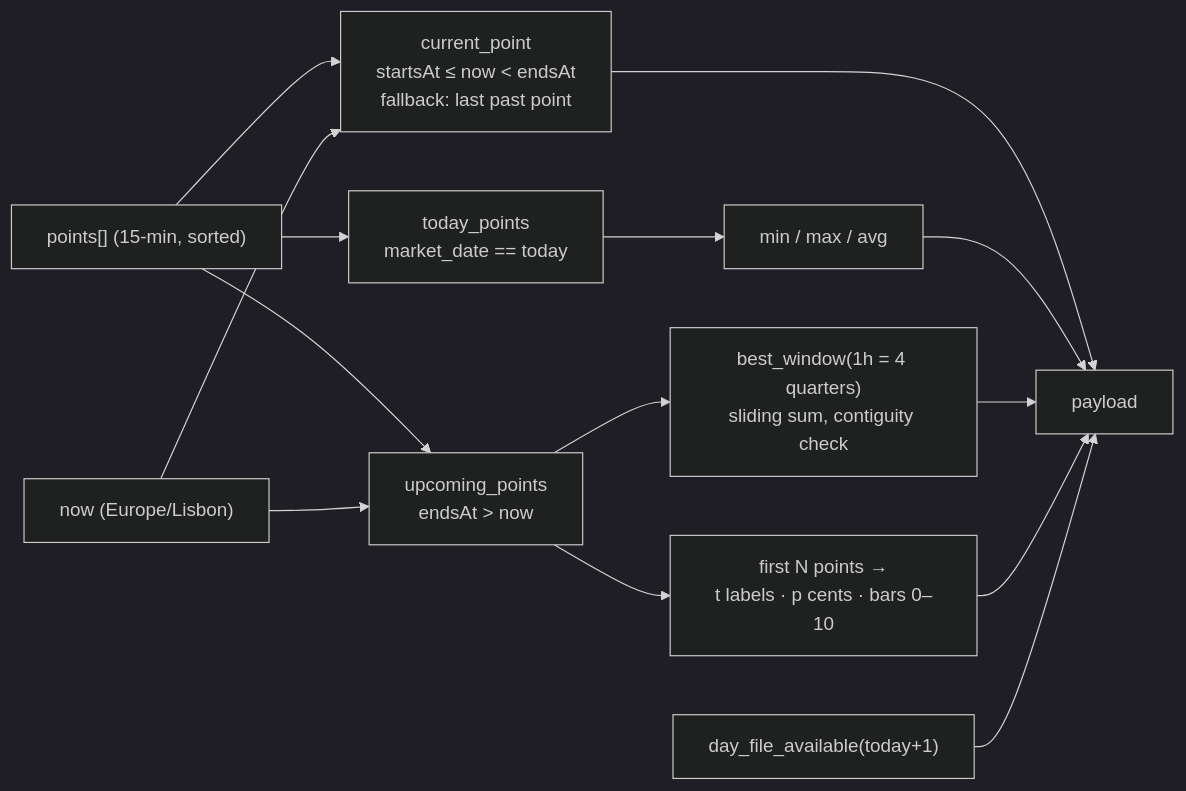
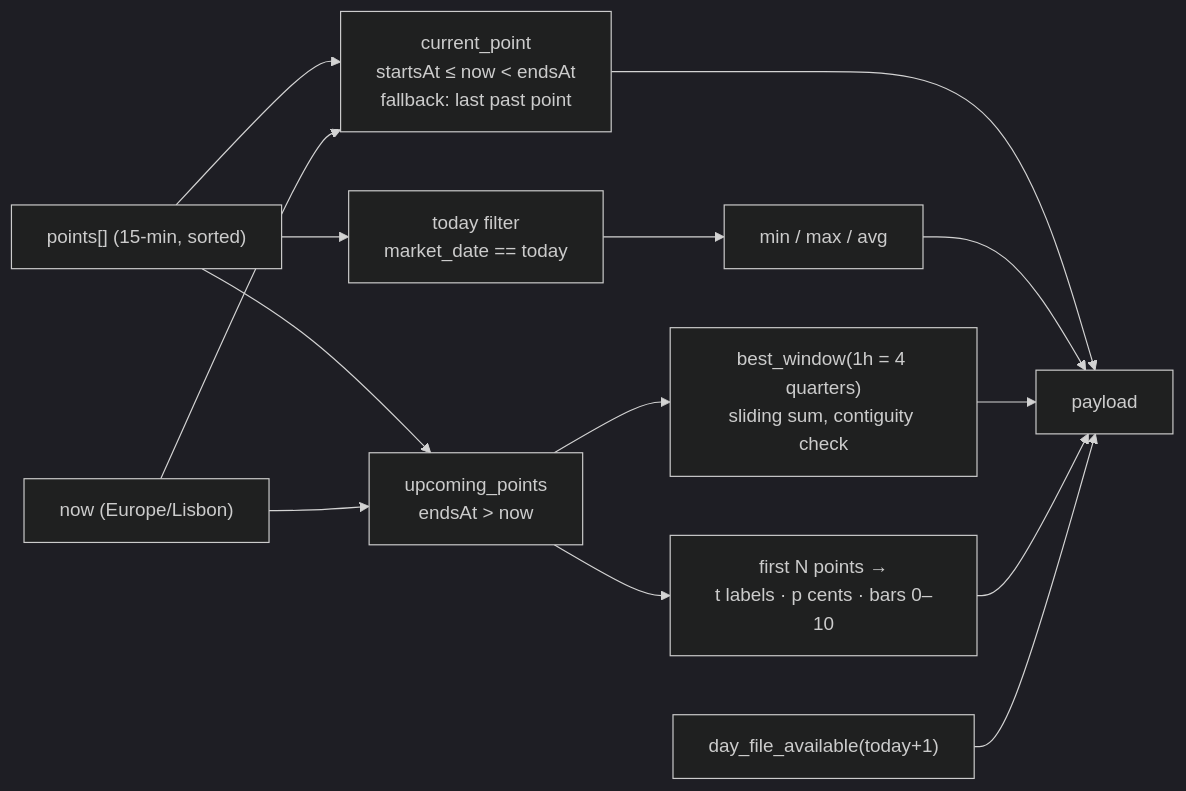
Before and after one commit to pmagnomuller/trmnl-omie: the fifth of 6 diagrams in README.md, drawn with Mermaid (dark theme). The commit also changed other lines of this file and 6 other files, not shown here.

````diff
--- a/README.md
+++ b/README.md
@@ -219,19 +220,19 @@
 ```mermaid
 flowchart LR
     pts["points[] (15-min, sorted)"]
     now["now (Europe/Lisbon)"]
 
     pts & now --> cur["current_point<br/>startsAt ≤ now &lt; endsAt<br/>fallback: last past point"]
     pts & now --> up["upcoming_points<br/>endsAt &gt; now"]
-    pts --> td["today_points<br/>market_date == today"]
+    pts --> td["today filter<br/>market_date == today"]
 
     td --> stats["min / max / avg"]
     up --> bw["best_window(1h = 4 quarters)<br/>sliding sum, contiguity check"]
     up --> spark["first N points →<br/>t labels · p cents · bars 0–10"]
 
     cur --> P["payload"]
     stats --> P
     bw --> P
     spark --> P
     tomorrow["day_file_available(today+1)"] --> P
 ```
````
